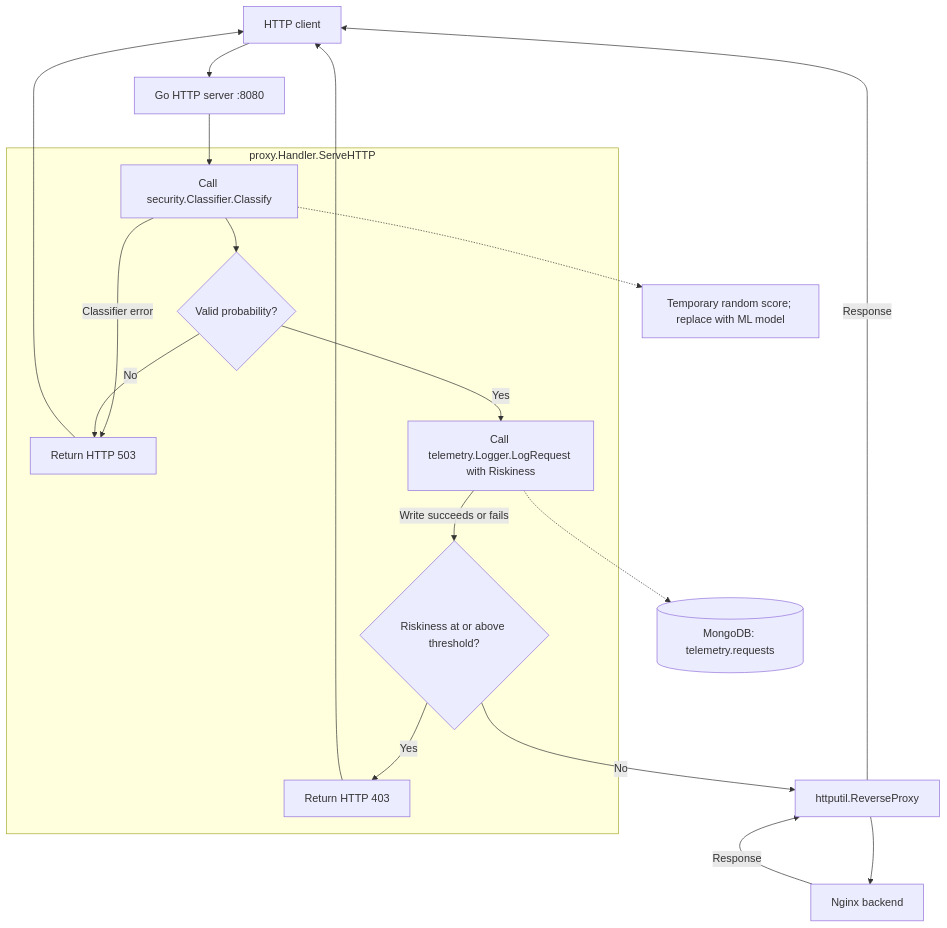
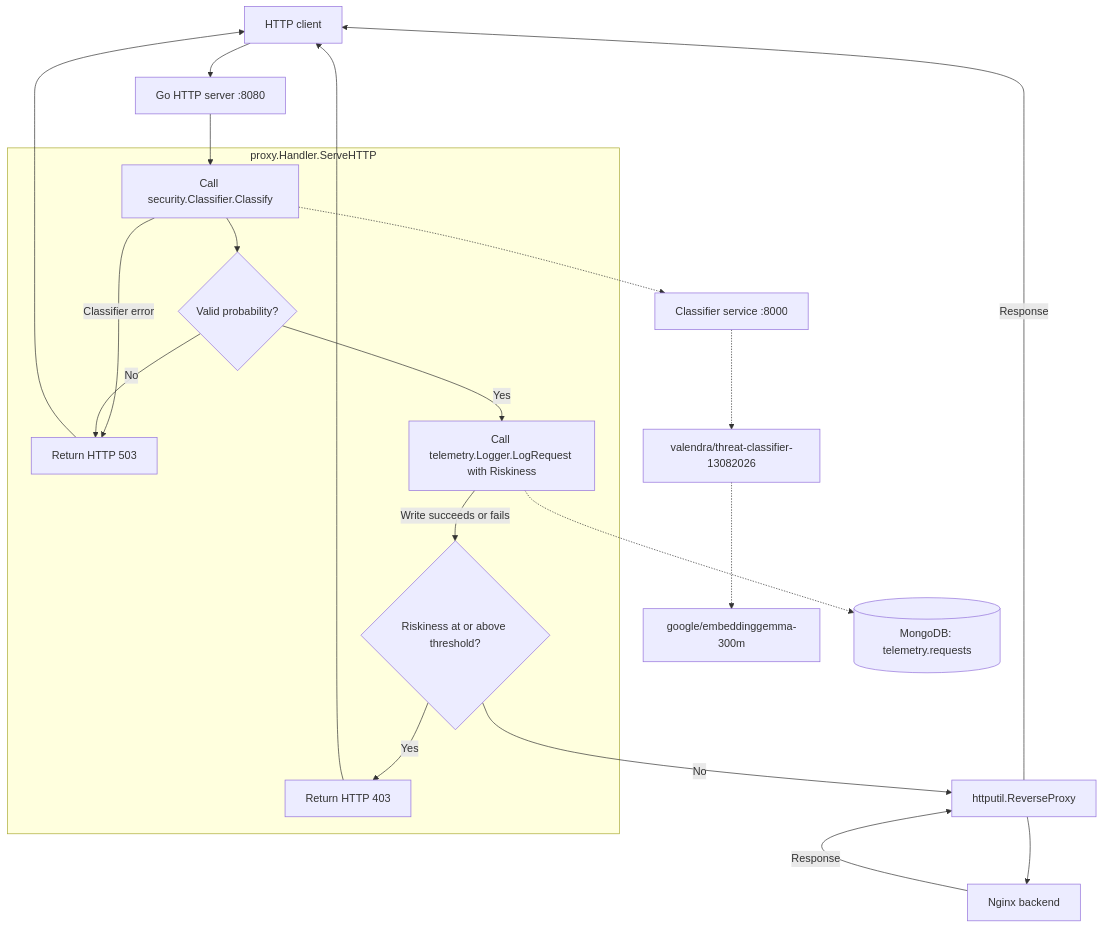
The diagram in README.md (akayy-dev/HackRPI-Project), drawn with Mermaid before and after one commit. The commit also changed other lines of this file and 29 other files, not shown here.

````diff
--- a/README.md
+++ b/README.md
@@ -36,23 +48,25 @@
 ```mermaid
 flowchart TD
     Client[HTTP client] --> Server[Go HTTP server :8080]
     Server --> Classify
 
     subgraph Handler[proxy.Handler.ServeHTTP]
         Classify[Call security.Classifier.Classify] --> Validate{Valid probability?}
         Classify -->|Classifier error| Unavailable[Return HTTP 503]
         Validate -->|No| Unavailable
         Validate -->|Yes| Log[Call telemetry.Logger.LogRequest with Riskiness]
         Log -->|Write succeeds or fails| Decision{Riskiness at or above threshold?}
         Decision -->|Yes| Block[Return HTTP 403]
     end
 
-    Classify -.-> Model[Temporary random score; replace with ML model]
+    Classify -.-> Classifier[Classifier service :8000]
+    Classifier -.-> Head[valendra/threat-classifier-13082026]
+    Head -.-> Backbone[google/embeddinggemma-300m]
     Log -.-> Mongo[(MongoDB: telemetry.requests)]
     Decision -->|No| Proxy[httputil.ReverseProxy]
     Proxy --> Backend[Nginx backend]
     Backend -->|Response| Proxy
     Proxy -->|Response| Client
     Block --> Client
     Unavailable --> Client
 ```
````
